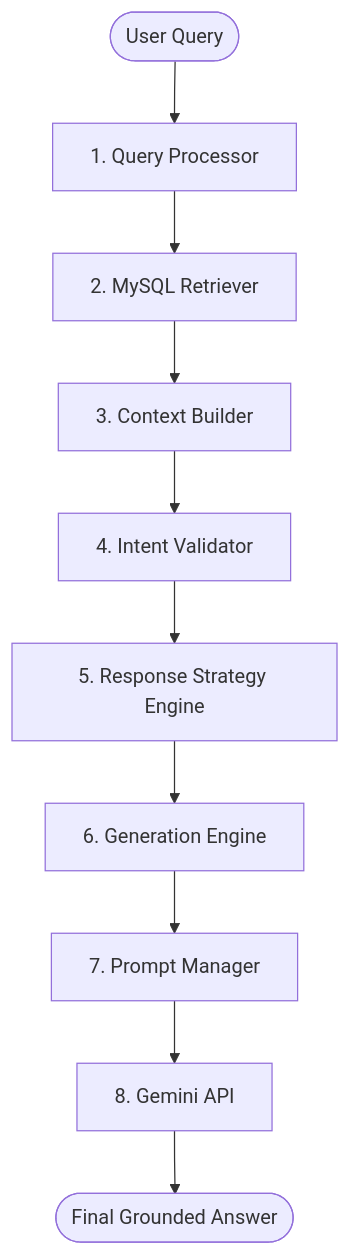
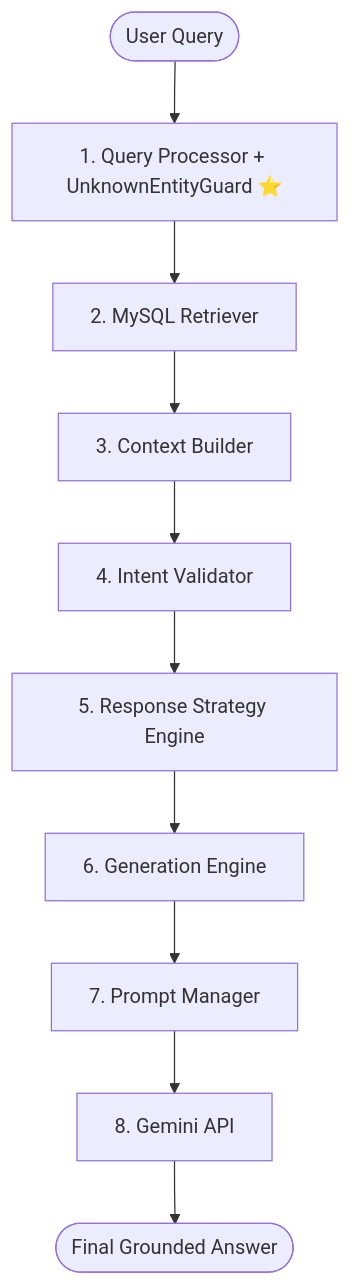
Before and after one commit to Yuvraj220705/myboli_ai: the second of 2 diagrams in docs/FINAL_PRODUCTION_READINESS_REPORT.md, drawn with Mermaid. The commit also changed other lines of this file, not shown here.

````diff
--- a/docs/FINAL_PRODUCTION_READINESS_REPORT.md
+++ b/docs/FINAL_PRODUCTION_READINESS_REPORT.md
@@ -85,12 +102,12 @@
 ```mermaid
 flowchart TD
-    User([User Query]) --> QP[1. Query Processor]
+    User([User Query]) --> QP[1. Query Processor + UnknownEntityGuard ⭐]
     QP --> Ret[2. MySQL Retriever]
     Ret --> CB[3. Context Builder]
     CB --> IV[4. Intent Validator]
     IV --> RSE[5. Response Strategy Engine]
     RSE --> GE[6. Generation Engine]
     GE --> PM[7. Prompt Manager]
     PM --> Gem[8. Gemini API]
     Gem --> Answer([Final Grounded Answer])
 ```
````
